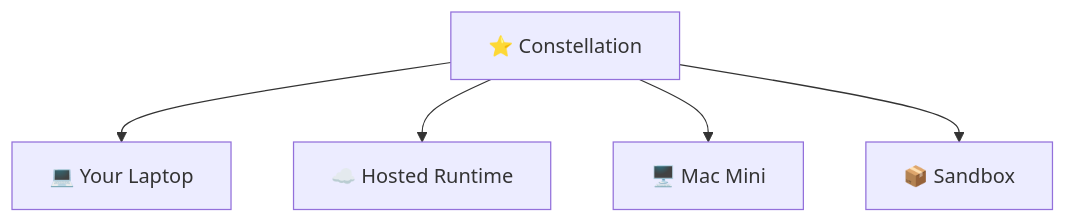
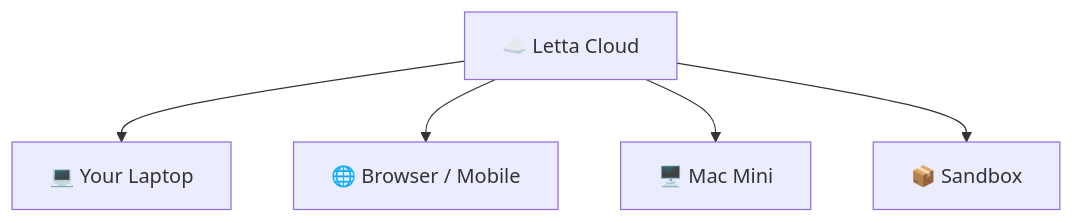
Before and after one commit to letta-ai/letta-code: the diagram in README.md, drawn with Mermaid. The commit also changed other lines of this file and 17 other files, not shown here.

````diff
--- a/README.md
+++ b/README.md
@@ -97,8 +97,8 @@
 ```mermaid
 graph TD
-    Constellation["⭐ Constellation"]
-    Constellation --> A["💻 Your Laptop"]
-    Constellation --> B["☁️ Hosted Runtime"]
-    Constellation --> C["🖥️ Mac Mini"]
-    Constellation --> D["📦 Sandbox"]
+    LettaCloud["☁️ Letta Cloud"]
+    LettaCloud --> A["💻 Your Laptop"]
+    LettaCloud --> B["🌐 Browser / Mobile"]
+    LettaCloud --> C["🖥️ Mac Mini"]
+    LettaCloud --> D["📦 Sandbox"]
 ```
````
